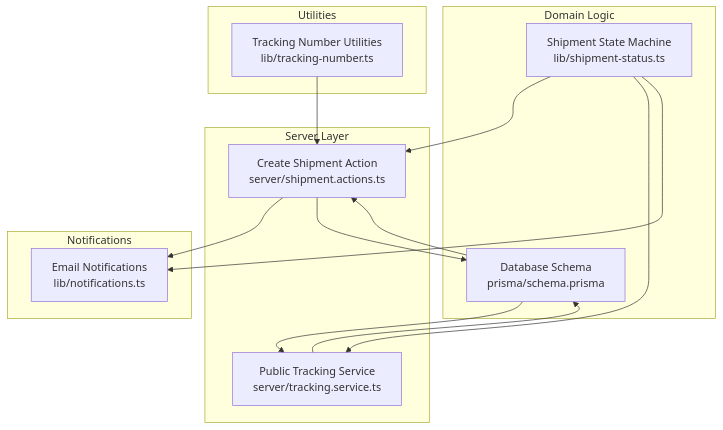
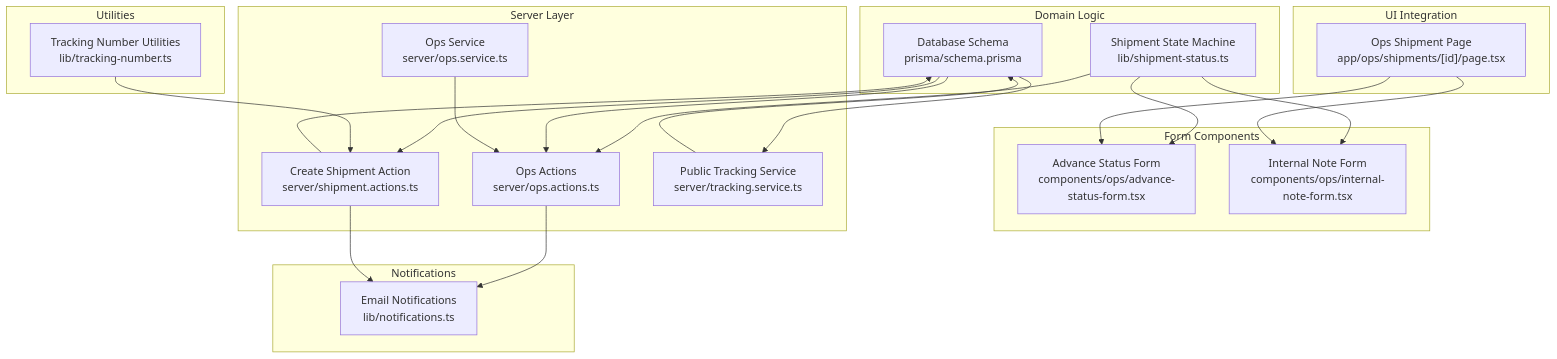
Before and after one commit to gyamposudodzi/Timberland: the first of 9 diagrams in .qoder/repowiki/en/content/Shipment Management/Status Management.md, drawn with Mermaid. The commit also changed other lines of this file and 65 other files, not shown here.

````diff
--- a/.qoder/repowiki/en/content/Shipment Management/Status Management.md
+++ b/.qoder/repowiki/en/content/Shipment Management/Status Management.md
@@ -37,26 +54,40 @@
 ```mermaid
 graph TB
 subgraph "Domain Logic"
 SM["Shipment State Machine<br/>lib/shipment-status.ts"]
 SCHEMA["Database Schema<br/>prisma/schema.prisma"]
 end
+subgraph "Form Components"
+ASF["Advance Status Form<br/>components/ops/advance-status-form.tsx"]
+INF["Internal Note Form<br/>components/ops/internal-note-form.tsx"]
+end
 subgraph "Server Layer"
+OPS_ACTIONS["Ops Actions<br/>server/ops.actions.ts"]
+OPS_SERVICE["Ops Service<br/>server/ops.service.ts"]
 ACTIONS["Create Shipment Action<br/>server/shipment.actions.ts"]
 TRACKING["Public Tracking Service<br/>server/tracking.service.ts"]
+end
+subgraph "UI Integration"
+OPS_PAGE["Ops Shipment Page<br/>app/ops/shipments/[id]/page.tsx"]
 end
 subgraph "Notifications"
 NOTIFY["Email Notifications<br/>lib/notifications.ts"]
 end
 subgraph "Utilities"
 TNUM["Tracking Number Utilities<br/>lib/tracking-number.ts"]
 end
-SM --> ACTIONS
-SM --> TRACKING
-SM --> NOTIFY
+SM --> OPS_ACTIONS
+SM --> ASF
+SM --> INF
+SCHEMA --> OPS_ACTIONS
 SCHEMA --> ACTIONS
 SCHEMA --> TRACKING
+OPS_ACTIONS --> NOTIFY
+OPS_SERVICE --> OPS_ACTIONS
+OPS_PAGE --> ASF
+OPS_PAGE --> INF
 ACTIONS --> NOTIFY
 ACTIONS --> SCHEMA
 TRACKING --> SCHEMA
 TNUM --> ACTIONS
 ```
````
